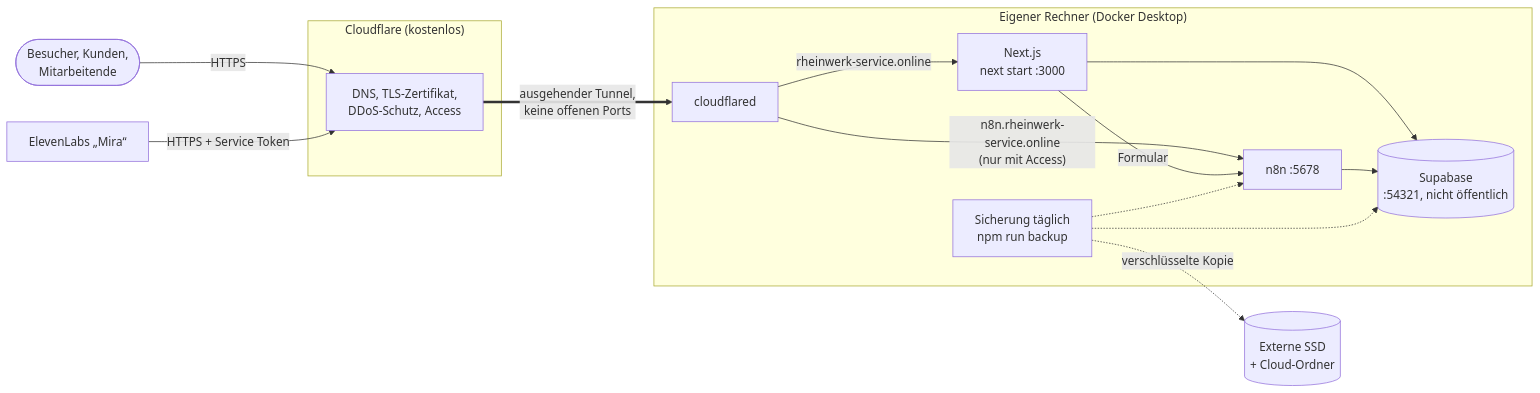
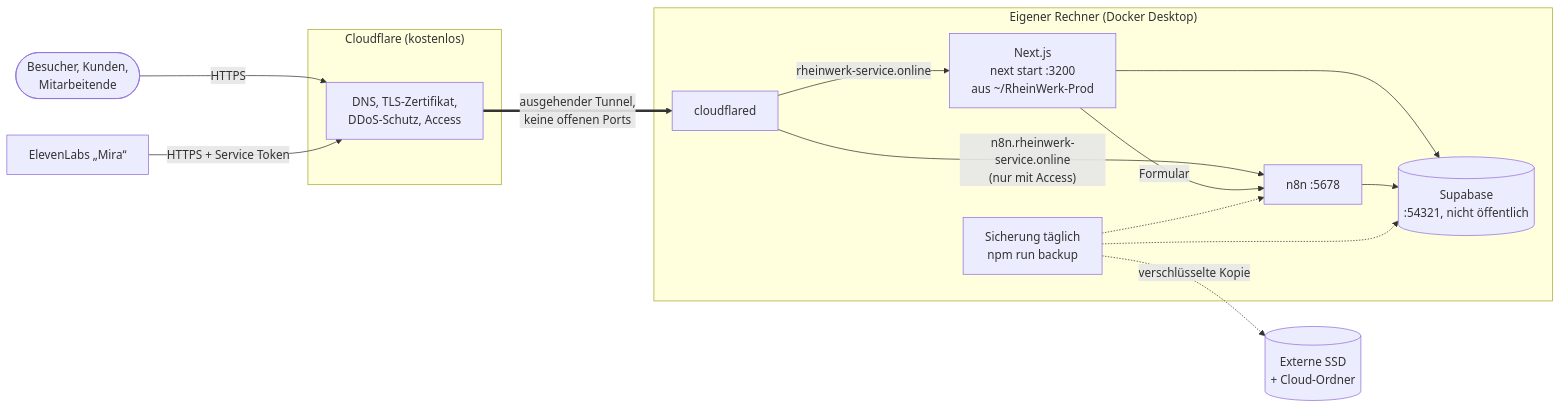
Before and after one commit to FuzzCube/RhenWerk-WebSite: the diagram in docs/betrieb.md, drawn with Mermaid. The commit also changed other lines of this file and 17 other files, not shown here.

Commit message:
feat: Betrieb aus Produktionskopie ~/RheinWerk-Prod mit Releases je Commit, launchd-Dienst auf Port 3200 und automatischem Rückfall; Sicherungen nach 14 Tagen löschen; Roadmap v18 mit Phase 17 „Updates und Überwachung“ (task-17-1)

````diff
--- a/docs/betrieb.md
+++ b/docs/betrieb.md
@@ -21,23 +21,23 @@
 ```mermaid
 flowchart LR
   Besucher(["Besucher, Kunden,<br/>Mitarbeitende"]) -->|HTTPS| CF
   Eleven["ElevenLabs „Mira“"] -->|"HTTPS + Service Token"| CF
   subgraph Cloudflare["Cloudflare (kostenlos)"]
     CF["DNS, TLS-Zertifikat,<br/>DDoS-Schutz, Access"]
   end
   CF ==>|"ausgehender Tunnel,<br/>keine offenen Ports"| Tunnel
   subgraph Mac["Eigener Rechner (Docker Desktop)"]
     Tunnel["cloudflared"]
-    App["Next.js<br/>next start :3000"]
+    App["Next.js<br/>next start :3200<br/>aus ~/RheinWerk-Prod"]
     N8N["n8n :5678"]
     SB[("Supabase<br/>:54321, nicht öffentlich")]
     Backup["Sicherung täglich<br/>npm run backup"]
     Tunnel -->|"rheinwerk-service.online"| App
     Tunnel -->|"n8n.rheinwerk-service.online<br/>(nur mit Access)"| N8N
     App --> SB
     N8N --> SB
     App -->|Formular| N8N
     Backup -.-> SB & N8N
   end
   Backup -.verschlüsselte Kopie.-> Extern[("Externe SSD<br/>+ Cloud-Ordner")]
 ```
````
